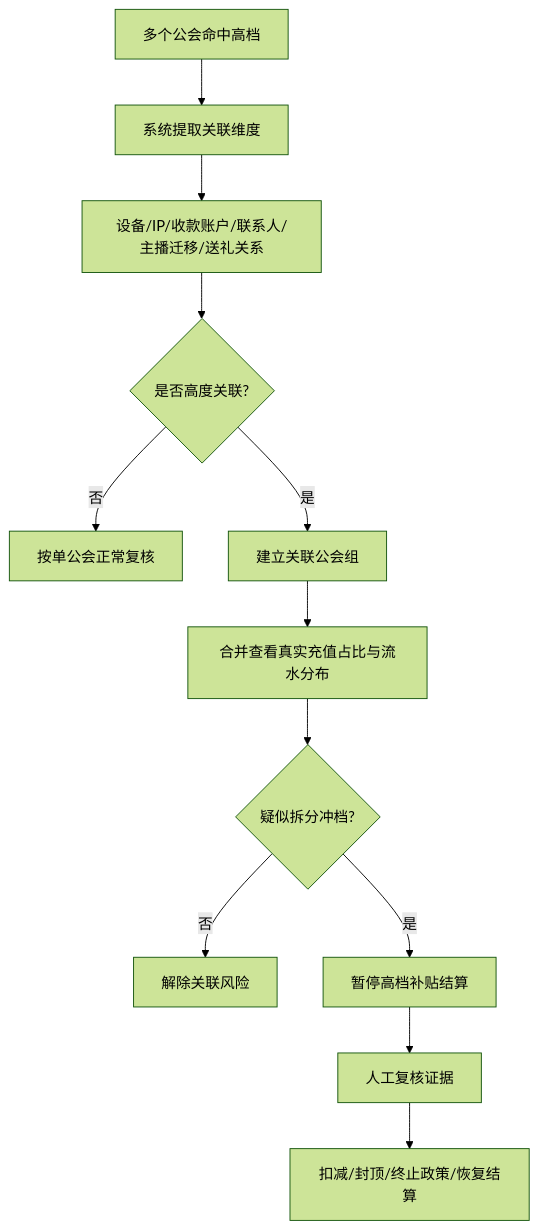
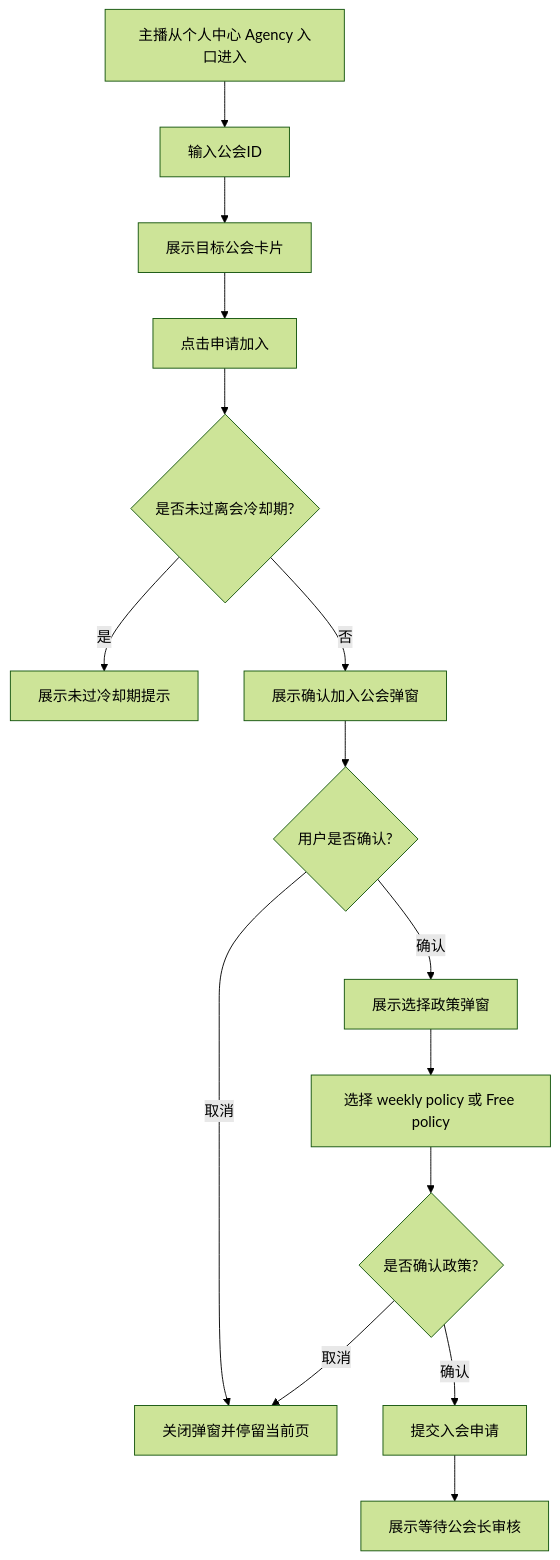
The seventh of 13 diagrams in TALO公会政策_客户端后台需求文档PRD.md (kocekid/TALO-Guild-Policy-Requirements), drawn with Mermaid (forest theme) before and after one commit. The commit also changed other lines of this file and 18 other files, not shown here.

Commit message:
更新TALO公会政策PRD与原型图

````diff
--- a/TALO公会政策_客户端后台需求文档PRD.md
+++ b/TALO公会政策_客户端后台需求文档PRD.md
@@ -338,14 +625,17 @@
 ```mermaid
 flowchart TD
-    A[多个公会命中高档] --> B[系统提取关联维度]
-    B --> C[设备/IP/收款账户/联系人/主播迁移/送礼关系]
-    C --> D{是否高度关联?}
-    D -->|否| E[按单公会正常复核]
-    D -->|是| F[建立关联公会组]
-    F --> G[合并查看真实充值占比与流水分布]
-    G --> H{疑似拆分冲档?}
-    H -->|否| I[解除关联风险]
-    H -->|是| J[暂停高档补贴结算]
-    J --> K[人工复核证据]
-    K --> L[扣减/封顶/终止政策/恢复结算]
+    A[主播从个人中心 Agency 入口进入] --> B[输入公会ID]
+    B --> C[展示目标公会卡片]
+    C --> D[点击申请加入]
+    D --> E{是否未过离会冷却期?}
+    E -->|是| F[展示未过冷却期提示]
+    E -->|否| G[展示确认加入公会弹窗]
+    G --> H{用户是否确认?}
+    H -->|取消| I[关闭弹窗并停留当前页]
+    H -->|确认| J[展示选择政策弹窗]
+    J --> K[选择 weekly policy 或 Free policy]
+    K --> L{是否确认政策?}
+    L -->|取消| I
+    L -->|确认| M[提交入会申请]
+    M --> N[展示等待公会长审核]
 ```
````
